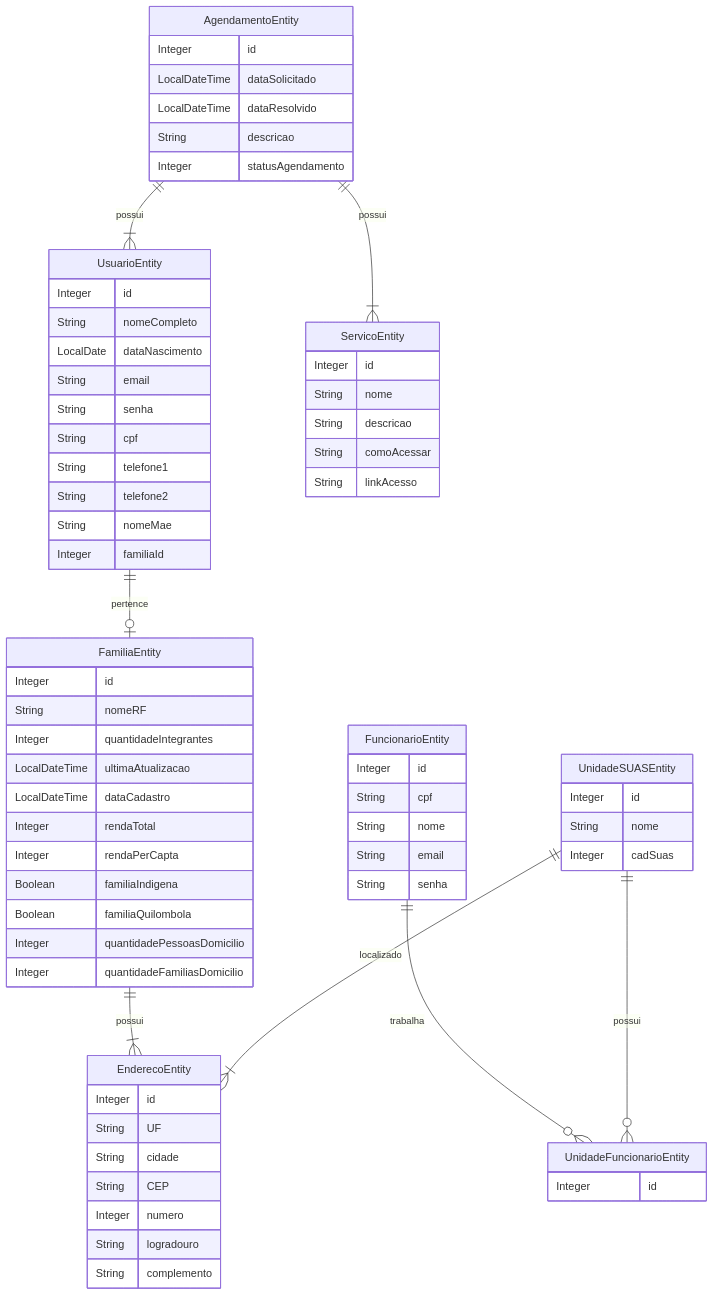
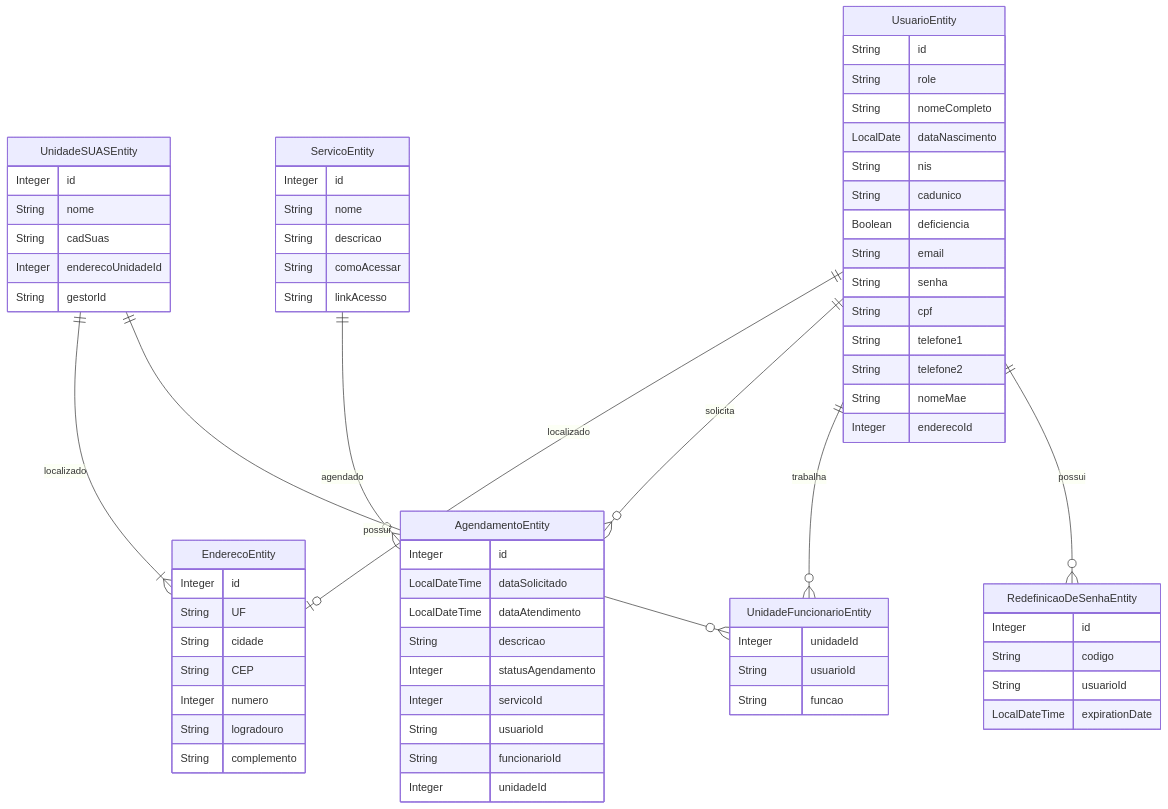
Before and after one commit to Projeto-ASIS/ASIS-API: the diagram in README.md, drawn with Mermaid. The commit also changed other lines of this file, not shown here.

````diff
--- a/README.md
+++ b/README.md
@@ -25,81 +24,79 @@
 ```mermaid
 erDiagram
     UsuarioEntity {
-        Integer id
+        String id
+        String role
         String nomeCompleto
         LocalDate dataNascimento
+        String nis
+        String cadunico
+        Boolean deficiencia
         String email
         String senha
         String cpf
         String telefone1
         String telefone2
         String nomeMae
-        Integer familiaId
+        Integer enderecoId
     }
     
     EnderecoEntity {
         Integer id
         String UF
         String cidade
         String CEP
         Integer numero
         String logradouro
         String complemento
     }
 
-    FamiliaEntity {
-        Integer id
-        String nomeRF
-        Integer quantidadeIntegrantes
-        LocalDateTime ultimaAtualizacao
-        LocalDateTime dataCadastro
-        Integer rendaTotal
-        Integer rendaPerCapta
-        Boolean familiaIndigena
-        Boolean familiaQuilombola
-        Integer quantidadePessoasDomicilio
-        Integer quantidadeFamiliasDomicilio
-    }
-    
-    FuncionarioEntity {
-        Integer id
-        String cpf
-        String nome
-        String email
-        String senha
-    }
-    
     ServicoEntity {
         Integer id
         String nome
         String descricao
         String comoAcessar
         String linkAcesso
     }
     
+    UnidadeSUASEntity {
+        Integer id
+        String nome
+        String cadSuas
+        Integer enderecoUnidadeId
+        String gestorId
+    }
+
     AgendamentoEntity {
         Integer id
         LocalDateTime dataSolicitado
-        LocalDateTime dataResolvido
+        LocalDateTime dataAtendimento
         String descricao
         Integer statusAgendamento
-    }
-    
-    UnidadeSUASEntity {
-        Integer id
-        String nome
-        Integer cadSuas
+        Integer servicoId
+        String usuarioId
+        String funcionarioId
+        Integer unidadeId
     }
 
     UnidadeFuncionarioEntity {
+        Integer unidadeId
+        String usuarioId
+        String funcao
+    }
+    
+    RedefinicaoDeSenhaEntity {
         Integer id
+        String codigo
+        String usuarioId
+        LocalDateTime expirationDate
     }
+    
+    UsuarioEntity ||--o| EnderecoEntity : localizado
+    UsuarioEntity ||--o{ AgendamentoEntity : solicita
+    ServicoEntity ||--o{ AgendamentoEntity : agendado
+    UnidadeSUASEntity ||--|{ EnderecoEntity : localizado
+    UnidadeSUASEntity ||--o{ UnidadeFuncionarioEntity : possui
+    UsuarioEntity ||--o{ UnidadeFuncionarioEntity : trabalha
+    UsuarioEntity ||--o{ RedefinicaoDeSenhaEntity : possui
 
-    UsuarioEntity ||--o| FamiliaEntity : pertence
-    FamiliaEntity ||--|{ EnderecoEntity : possui
-    FuncionarioEntity ||--o{ UnidadeFuncionarioEntity : trabalha
-    UnidadeSUASEntity ||--o{ UnidadeFuncionarioEntity : possui
-    AgendamentoEntity ||--|{ UsuarioEntity : possui
-    AgendamentoEntity ||--|{ ServicoEntity : possui
-    UnidadeSUASEntity ||--|{ EnderecoEntity : localizado
 ```
````
